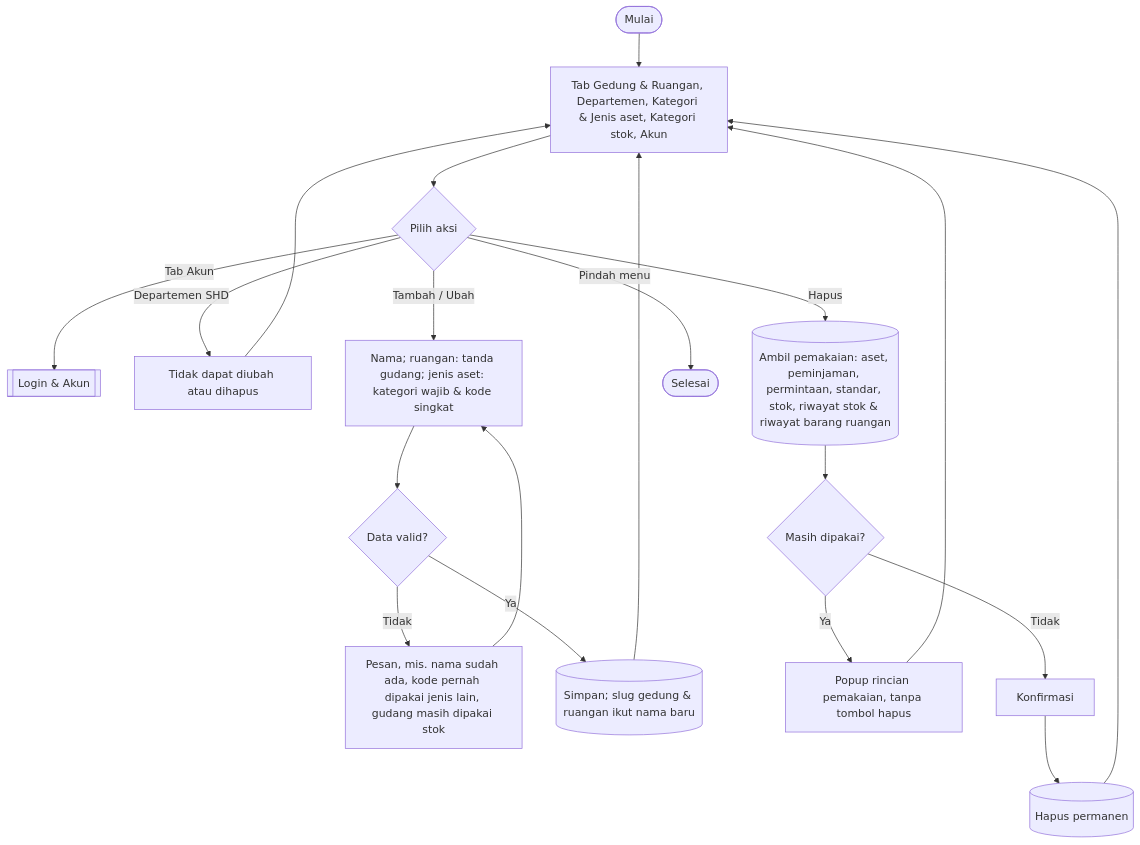
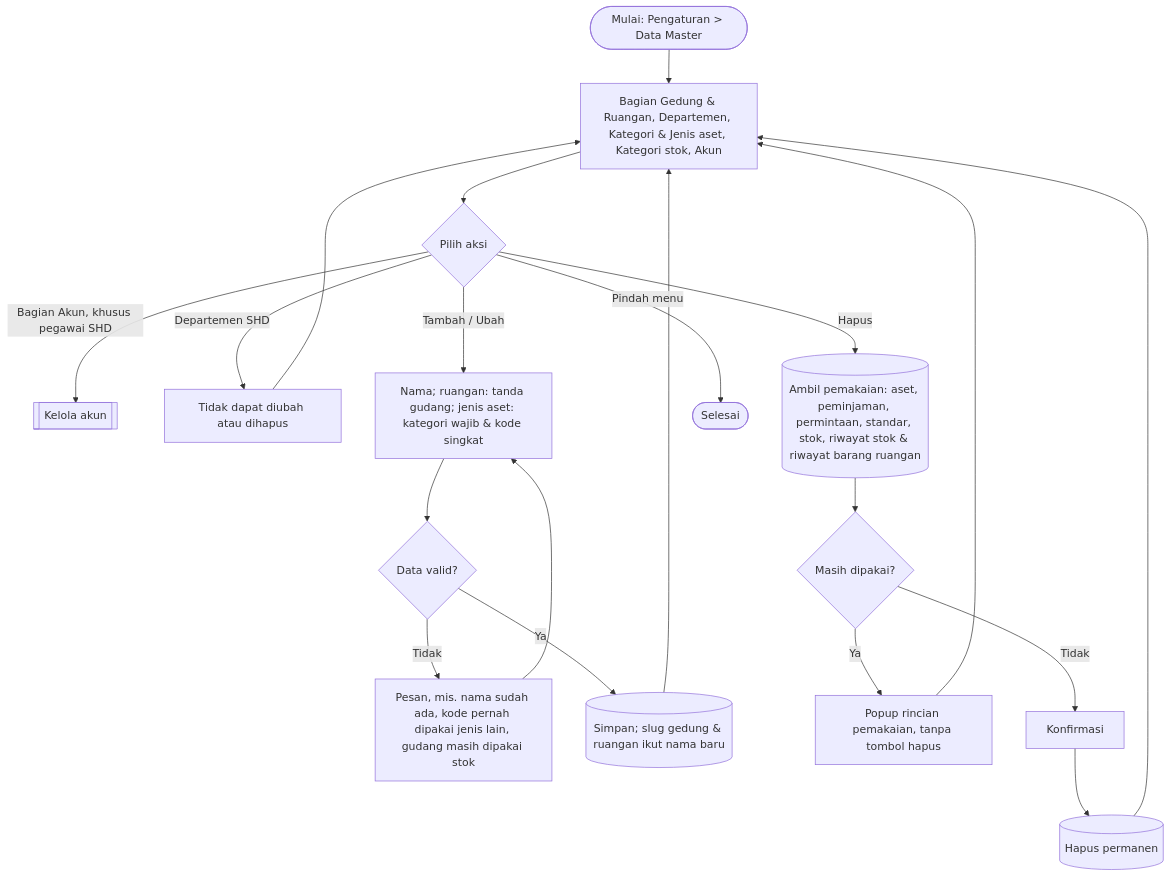
Before and after one commit to mrizqihidayat/system-tracking-asset: the ninth of 14 diagrams in docs/flowchart.md, drawn with Mermaid. The commit also changed other lines of this file and 25 other files, not shown here.

````diff
--- a/docs/flowchart.md
+++ b/docs/flowchart.md
@@ -265,14 +267,14 @@
 ```mermaid
 flowchart TD
-    A([Mulai]) --> B[Tab Gedung & Ruangan, Departemen, Kategori & Jenis aset, Kategori stok, Akun]
+    A([Mulai: Pengaturan > Data Master]) --> B[Bagian Gedung & Ruangan, Departemen, Kategori & Jenis aset, Kategori stok, Akun]
     B --> C{Pilih aksi}
-    C -- Tab Akun --> AK[[Login & Akun]]
+    C -- Bagian Akun, khusus pegawai SHD --> AK[[Kelola akun]]
     C -- Departemen SHD --> C1[Tidak dapat diubah atau dihapus] --> B
     C -- Tambah / Ubah --> T1[Nama; ruangan: tanda gudang; jenis aset: kategori wajib & kode singkat] --> T2{Data valid?}
     T2 -- Tidak --> T3[Pesan, mis. nama sudah ada, kode pernah dipakai jenis lain, gudang masih dipakai stok] --> T1
     T2 -- Ya --> T4[(Simpan; slug gedung & ruangan ikut nama baru)] --> B
     C -- Hapus --> H1[(Ambil pemakaian: aset, peminjaman, permintaan, standar, stok, riwayat stok & riwayat barang ruangan)] --> H2{Masih dipakai?}
     H2 -- Ya --> H3[Popup rincian pemakaian, tanpa tombol hapus] --> B
     H2 -- Tidak --> H4[Konfirmasi] --> H5[(Hapus permanen)] --> B
     C -- Pindah menu --> Z([Selesai])
 ```
````
